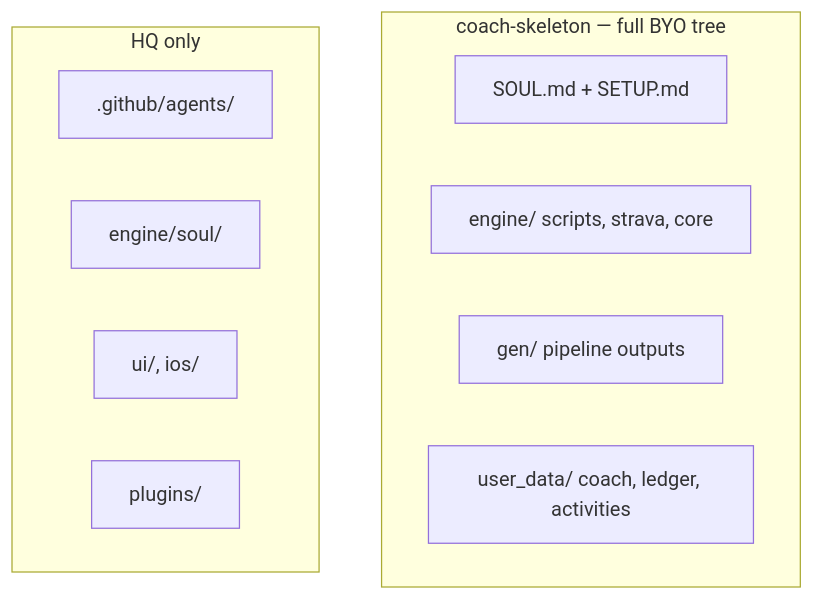
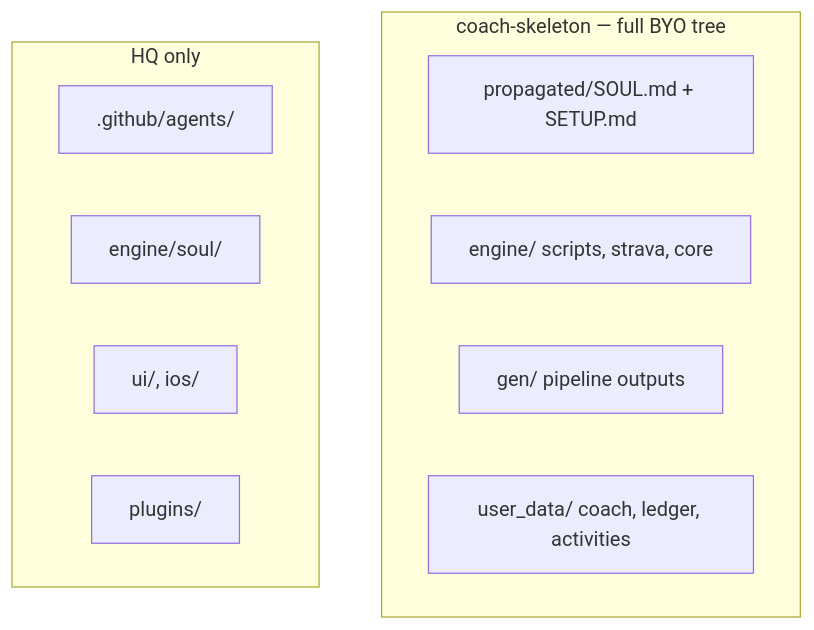
The second of 4 diagrams in docs/m1-plan.md (sibling-shipyard/coach-hq), drawn with Mermaid before and after one commit. The commit also changed other lines of this file and 17 other files, not shown here.

First line of the commit message:
core: move SOUL + reference docs to propagated/

````diff
--- a/docs/m1-plan.md
+++ b/docs/m1-plan.md
@@ -42,15 +42,15 @@
 ```mermaid
 flowchart TB
   subgraph skel["coach-skeleton — full BYO tree"]
-    soul["SOUL.md + SETUP.md"]
+    soul["propagated/SOUL.md + SETUP.md"]
     eng["engine/ scripts, strava, core"]
     gen["gen/ pipeline outputs"]
     ud["user_data/ coach, ledger, activities"]
   end
   subgraph hq_only["HQ only"]
     agents[".github/agents/"]
     soul_src["engine/soul/"]
     ui["ui/, ios/"]
     plugins["plugins/"]
   end
 ```
````
